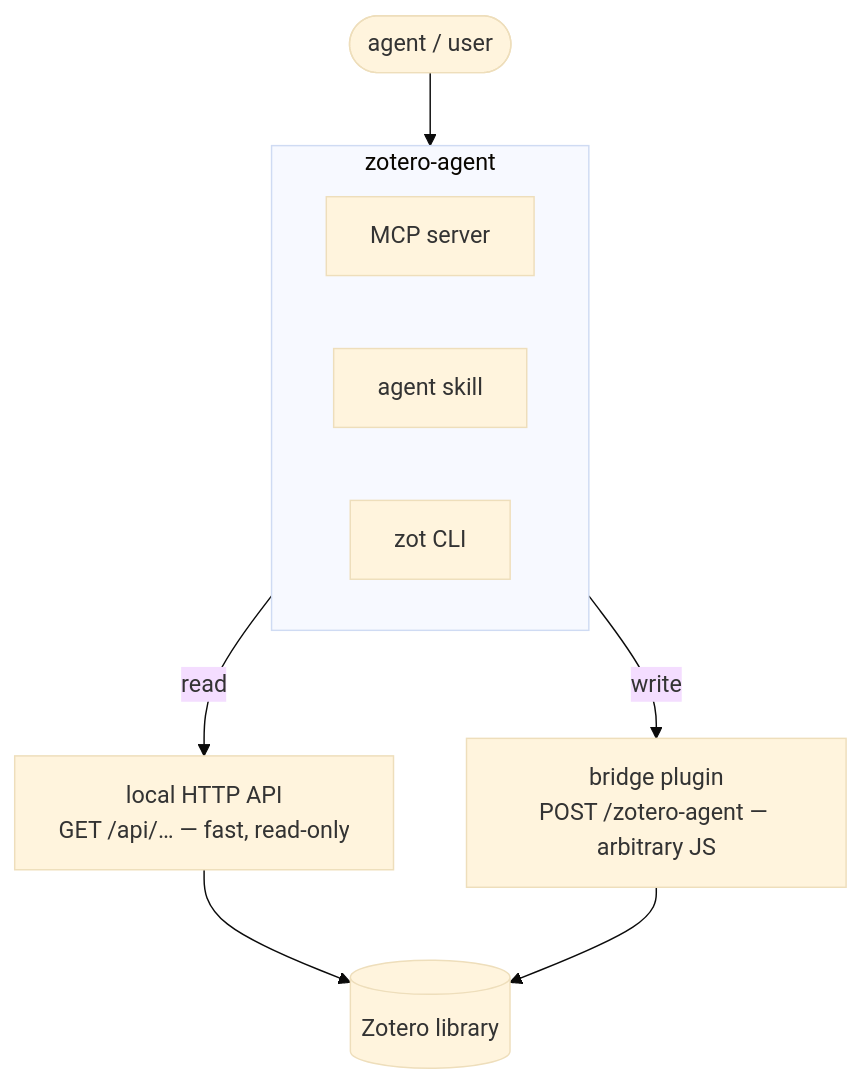
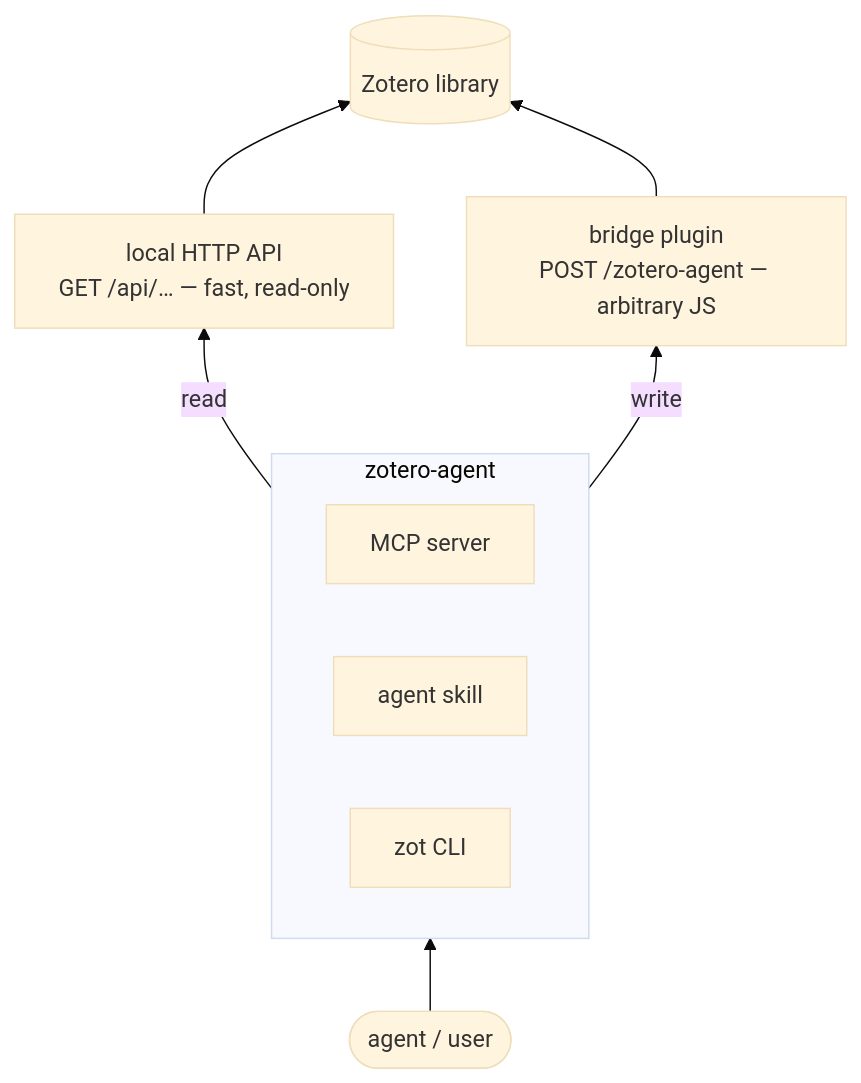
Before and after one commit to alex-roc/zotero-agent: the diagram in docs/architecture.md, drawn with Mermaid (base theme). The commit also changed 1 other file, not shown here.

Commit message:
docs: flip architecture diagram to bottom-to-top (flowchart BT)

````diff
--- a/docs/architecture.md
+++ b/docs/architecture.md
@@ -3,19 +3,19 @@
 ```mermaid
-flowchart TD
+flowchart BT
     U(["agent / user"])
     subgraph SURF ["zotero-agent"]
         direction LR
         MCP["MCP server"]
         SKILL["agent skill"]
         CLI["zot CLI"]
     end
     READ["local HTTP API<br/>GET /api/… — fast, read-only"]
     WRITE["bridge plugin<br/>POST /zotero-agent — arbitrary JS"]
     LIB[("Zotero library")]
 
     U --> SURF
     SURF -->|read| READ
     SURF -->|write| WRITE
     READ --> LIB
     WRITE --> LIB
 ```
````
